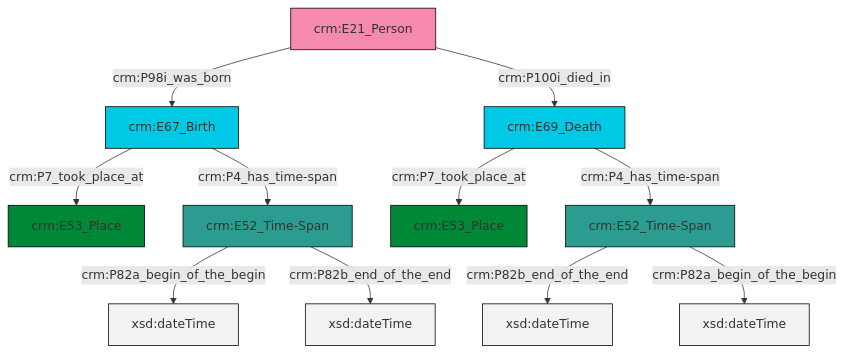
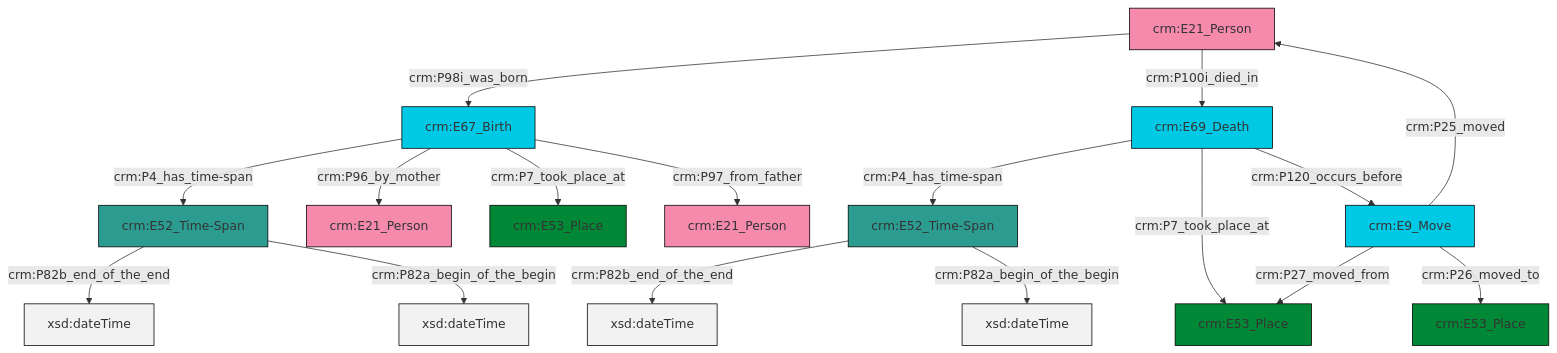
One commit to chin-rcip/CRITERIA changed the diagram in mmd/ontoTest.mmd. Above: the diagram before and after it, drawn with Mermaid. The commit also changed 7 other files, not shown here.

```diff
--- a/mmd/ontoTest.mmd
+++ b/mmd/ontoTest.mmd
@@ -1,24 +1,30 @@
 graph TD
 classDef Literal fill:#f2f2f2,stroke:#000000;
 classDef CRM_Entity fill:#FFFFFF,stroke:#000000;
 classDef Temporal_Entity fill:#00C9E6, stroke:#000000;
 classDef Type fill:#E18312, stroke:#000000;
 classDef Time-Span fill:#2C9C91, stroke:#000000;
 classDef Appellation fill:#FFEB7F, stroke:#000000;
 classDef Place fill:#008836, stroke:#000000;
 classDef Persistent_Item fill:#B266B2, stroke:#000000;
 classDef Conceptual_Object fill:#FFD700, stroke:#000000;
 classDef Physical_Thing fill:#D2B48C, stroke:#000000;
 classDef Actor fill:#f58aad, stroke:#000000;
 classDef PC_Classes fill:#4ce600, stroke:#000000;
 
 0["crm:E21_Person"]:::Actor -->|crm:P98i_was_born| 2["crm:E67_Birth"]:::Temporal_Entity
-0["crm:E21_Person"]:::Actor -->|crm:P100i_died_in| 3["crm:E69_Death"]:::Temporal_Entity
-2["crm:E67_Birth"]:::Temporal_Entity -->|crm:P7_took_place_at| 4["crm:E53_Place"]:::Place
-2["crm:E67_Birth"]:::Temporal_Entity -->|crm:P4_has_time-span| 6["crm:E52_Time-Span"]:::Time-Span
-3["crm:E69_Death"]:::Temporal_Entity -->|crm:P7_took_place_at| 7["crm:E53_Place"]:::Place
-3["crm:E69_Death"]:::Temporal_Entity -->|crm:P4_has_time-span| 9["crm:E52_Time-Span"]:::Time-Span
-6["crm:E52_Time-Span"]:::Time-Span -->|crm:P82a_begin_of_the_begin| 11[xsd:dateTime]:::Literal
-6["crm:E52_Time-Span"]:::Time-Span -->|crm:P82b_end_of_the_end| 12[xsd:dateTime]:::Literal
-9["crm:E52_Time-Span"]:::Time-Span -->|crm:P82b_end_of_the_end| 15[xsd:dateTime]:::Literal
-9["crm:E52_Time-Span"]:::Time-Span -->|crm:P82a_begin_of_the_begin| 16[xsd:dateTime]:::Literal
+0["crm:E21_Person"]:::Actor -->|crm:P100i_died_in| 4["crm:E69_Death"]:::Temporal_Entity
+2["crm:E67_Birth"]:::Temporal_Entity -->|crm:P4_has_time-span| 5["crm:E52_Time-Span"]:::Time-Span
+2["crm:E67_Birth"]:::Temporal_Entity -->|crm:P96_by_mother| 6["crm:E21_Person"]:::Actor
+2["crm:E67_Birth"]:::Temporal_Entity -->|crm:P7_took_place_at| 7["crm:E53_Place"]:::Place
+2["crm:E67_Birth"]:::Temporal_Entity -->|crm:P97_from_father| 9["crm:E21_Person"]:::Actor
+4["crm:E69_Death"]:::Temporal_Entity -->|crm:P4_has_time-span| 11["crm:E52_Time-Span"]:::Time-Span
+4["crm:E69_Death"]:::Temporal_Entity -->|crm:P7_took_place_at| 12["crm:E53_Place"]:::Place
+4["crm:E69_Death"]:::Temporal_Entity -->|crm:P120_occurs_before| 13["crm:E9_Move"]:::Temporal_Entity
+5["crm:E52_Time-Span"]:::Time-Span -->|crm:P82b_end_of_the_end| 14[xsd:dateTime]:::Literal
+5["crm:E52_Time-Span"]:::Time-Span -->|crm:P82a_begin_of_the_begin| 16[xsd:dateTime]:::Literal
+11["crm:E52_Time-Span"]:::Time-Span -->|crm:P82b_end_of_the_end| 23[xsd:dateTime]:::Literal
+11["crm:E52_Time-Span"]:::Time-Span -->|crm:P82a_begin_of_the_begin| 24[xsd:dateTime]:::Literal
+13["crm:E9_Move"]:::Temporal_Entity -->|crm:P27_moved_from| 12["crm:E53_Place"]:::Place
+13["crm:E9_Move"]:::Temporal_Entity -->|crm:P25_moved| 0["crm:E21_Person"]:::Actor
+13["crm:E9_Move"]:::Temporal_Entity -->|crm:P26_moved_to| 31["crm:E53_Place"]:::Place
```
